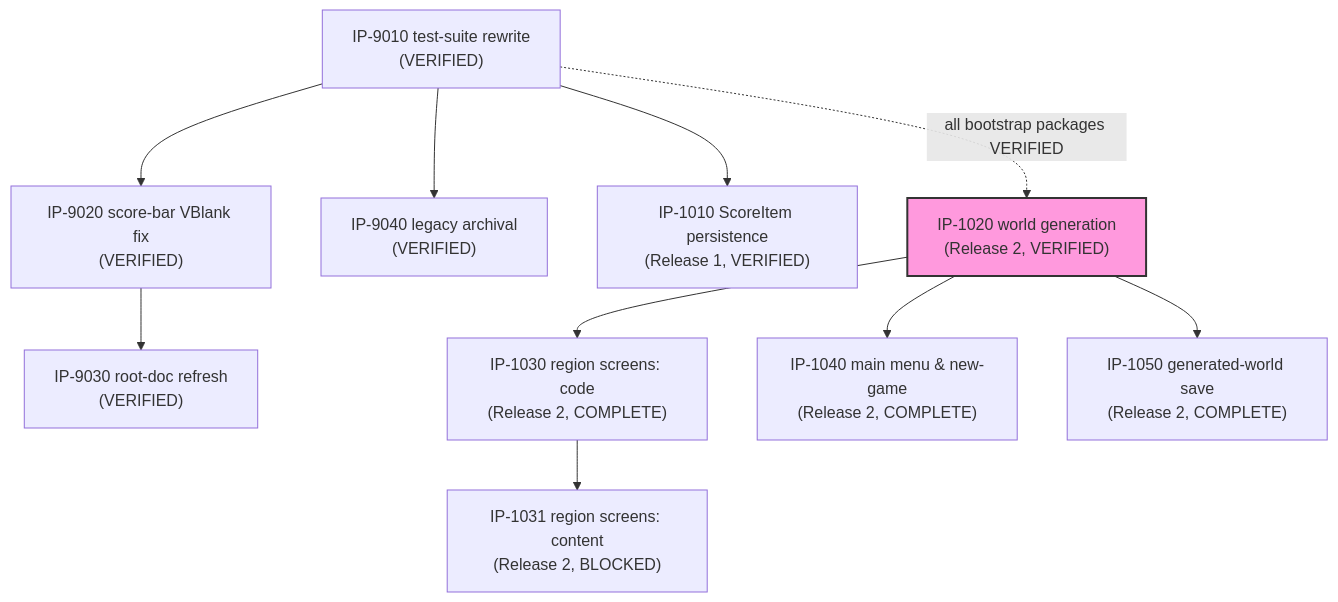
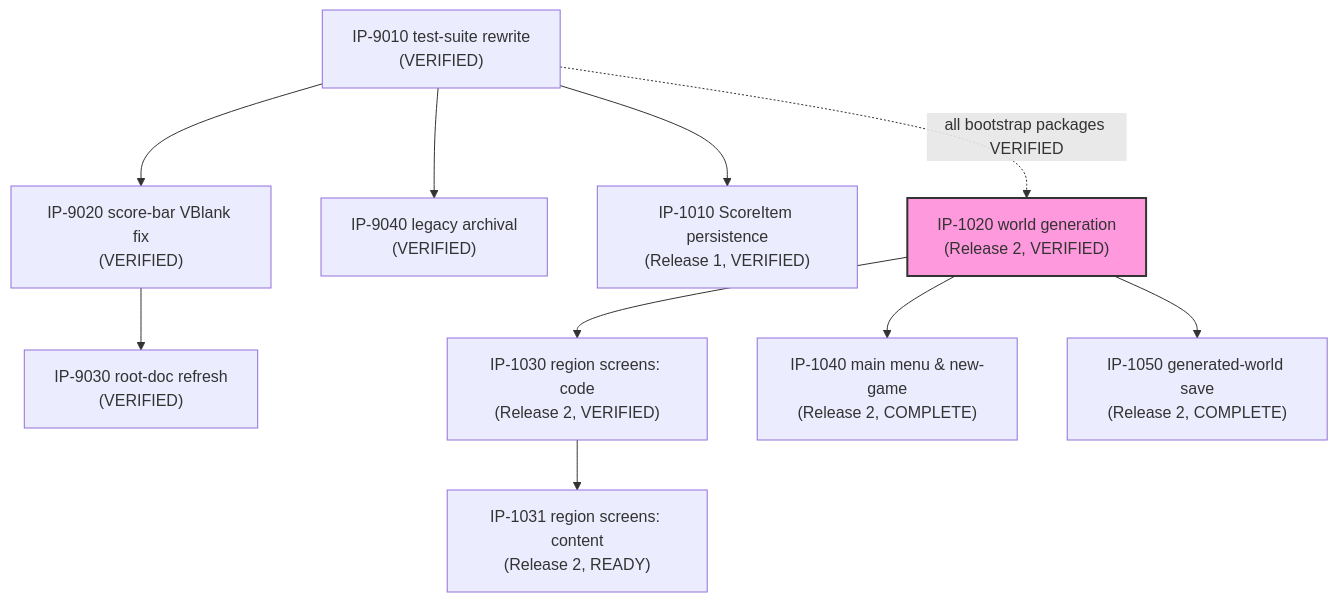
One commit to Zabin/RsGame changed the diagram in docs/implementation/00-master-build-plan.md. Above: the diagram before and after it, drawn with Mermaid. The commit also changed other lines of this file and 3 other files, not shown here.

````diff
--- a/docs/implementation/00-master-build-plan.md
+++ b/docs/implementation/00-master-build-plan.md
@@ -40,25 +42,25 @@
 ```mermaid
 graph TD
     IP9010["IP-9010 test-suite rewrite<br/>(VERIFIED)"]
     IP9020["IP-9020 score-bar VBlank fix<br/>(VERIFIED)"]
     IP9030["IP-9030 root-doc refresh<br/>(VERIFIED)"]
     IP9040["IP-9040 legacy archival<br/>(VERIFIED)"]
     IP1010["IP-1010 ScoreItem persistence<br/>(Release 1, VERIFIED)"]
     IP9010 --> IP9020
     IP9010 --> IP9040
     IP9010 --> IP1010
     IP9020 --> IP9030
 
     IP1020["IP-1020 world generation<br/>(Release 2, VERIFIED)"]
-    IP1030["IP-1030 region screens: code<br/>(Release 2, COMPLETE)"]
-    IP1031["IP-1031 region screens: content<br/>(Release 2, BLOCKED)"]
+    IP1030["IP-1030 region screens: code<br/>(Release 2, VERIFIED)"]
+    IP1031["IP-1031 region screens: content<br/>(Release 2, READY)"]
     IP1040["IP-1040 main menu & new-game<br/>(Release 2, COMPLETE)"]
     IP1050["IP-1050 generated-world save<br/>(Release 2, COMPLETE)"]
     IP9010 -.all bootstrap packages VERIFIED.-> IP1020
     IP1020 --> IP1030
     IP1030 --> IP1031
     IP1020 --> IP1040
     IP1020 --> IP1050
 
     style IP1020 fill:#f9d,stroke:#333,stroke-width:2px
 ```
````
